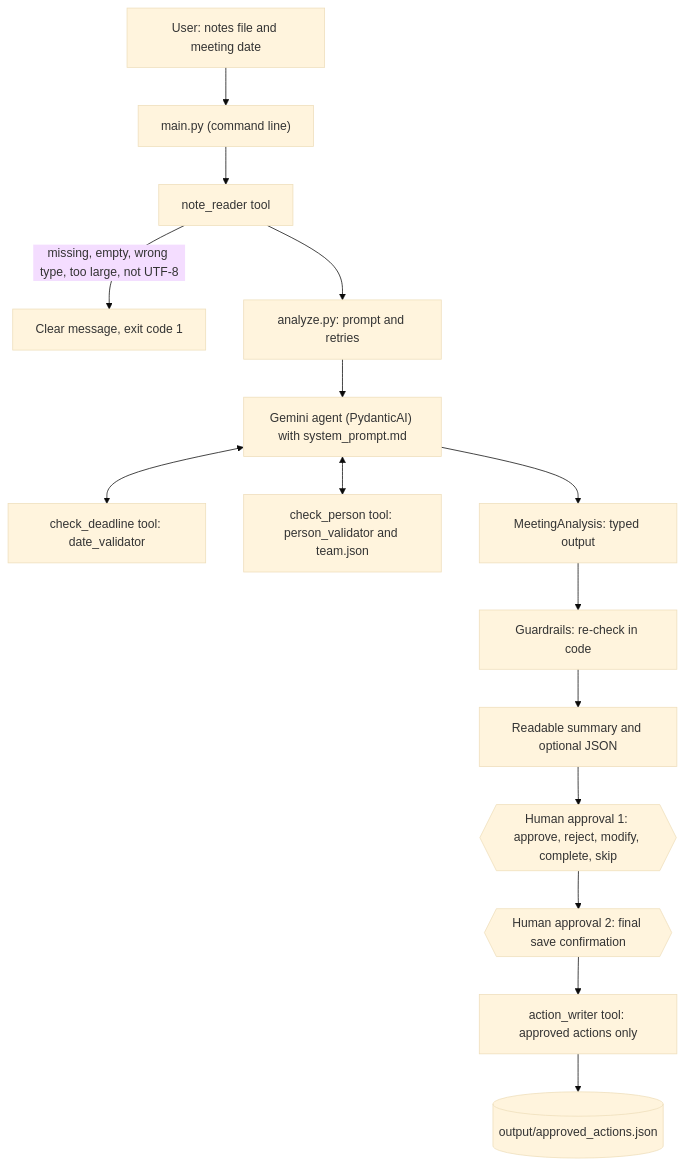
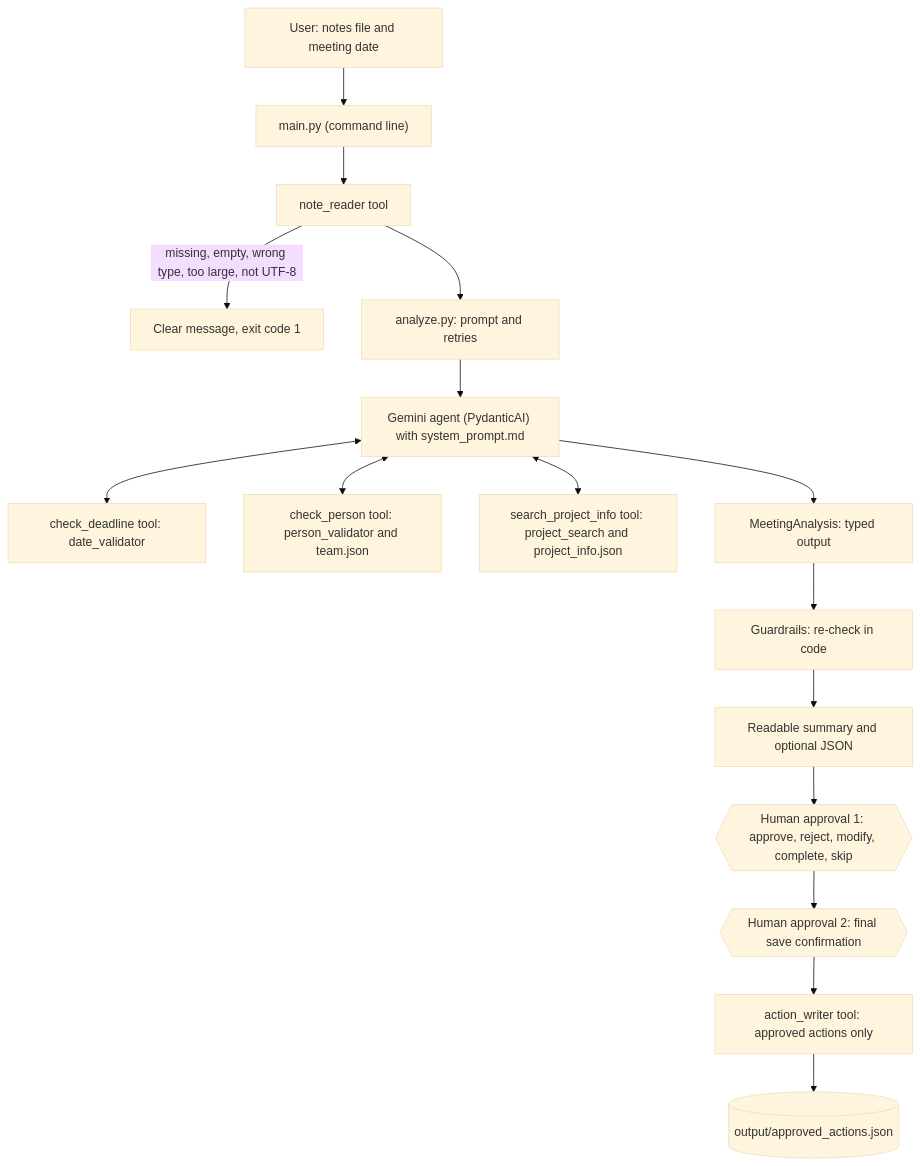
One commit to 12anishavachkal/FolllowUpAI changed the diagram in ARCHITECTURE.md. Above: the diagram before and after it, drawn with Mermaid (base theme). The commit also changed other lines of this file and 6 other files, not shown here.

````diff
--- a/ARCHITECTURE.md
+++ b/ARCHITECTURE.md
@@ -10,17 +10,18 @@
 ```mermaid
 flowchart TD
     U["User: notes file and meeting date"] --> M["main.py (command line)"]
     M --> R["note_reader tool"]
     R -->|"missing, empty, wrong type, too large, not UTF-8"| E1["Clear message, exit code 1"]
     R --> A["analyze.py: prompt and retries"]
     A --> G["Gemini agent (PydanticAI) with system_prompt.md"]
     G <--> T1["check_deadline tool: date_validator"]
     G <--> T2["check_person tool: person_validator and team.json"]
+    G <--> T3["search_project_info tool: project_search and project_info.json"]
     G --> O["MeetingAnalysis: typed output"]
     O --> GR["Guardrails: re-check in code"]
     GR --> S["Readable summary and optional JSON"]
     S --> H1{{"Human approval 1: approve, reject, modify, complete, skip"}}
     H1 --> H2{{"Human approval 2: final save confirmation"}}
     H2 --> W["action_writer tool: approved actions only"]
     W --> F[("output/approved_actions.json")]
 ```
````
